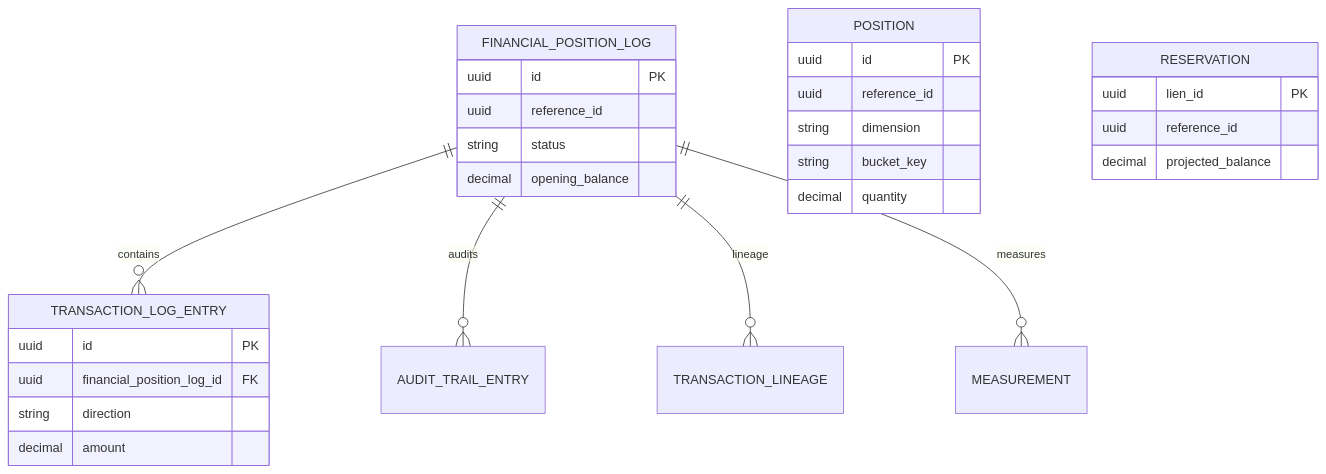
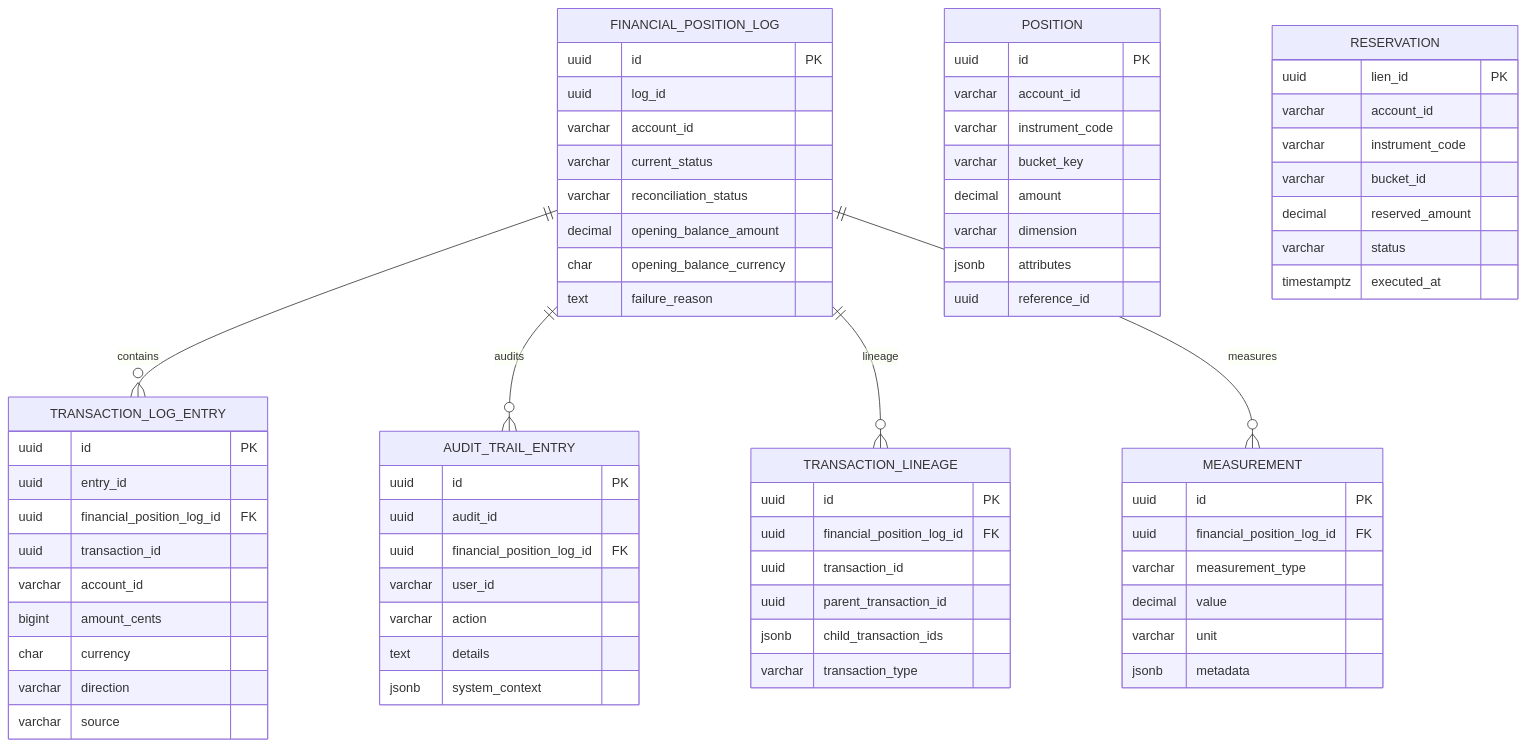
One commit to meridianhub/meridian changed the sixth of 13 diagrams in docs/architecture/data-model.md. Above: the diagram before and after it, drawn with Mermaid. The commit also changed other lines of this file, not shown here.

First line of the commit message:
docs: Fill ER diagram attribute blocks with canonical schema

````diff
--- a/docs/architecture/data-model.md
+++ b/docs/architecture/data-model.md
@@ -415,31 +525,72 @@
 ```mermaid
 erDiagram
     FINANCIAL_POSITION_LOG ||--o{ TRANSACTION_LOG_ENTRY : contains
     FINANCIAL_POSITION_LOG ||--o{ AUDIT_TRAIL_ENTRY : audits
     FINANCIAL_POSITION_LOG ||--o{ TRANSACTION_LINEAGE : lineage
     FINANCIAL_POSITION_LOG ||--o{ MEASUREMENT : measures
     FINANCIAL_POSITION_LOG {
         uuid id PK
-        uuid reference_id
-        string status
-        decimal opening_balance
+        uuid log_id
+        varchar account_id
+        varchar current_status
+        varchar reconciliation_status
+        decimal opening_balance_amount
+        char opening_balance_currency
+        text failure_reason
     }
     TRANSACTION_LOG_ENTRY {
         uuid id PK
+        uuid entry_id
         uuid financial_position_log_id FK
-        string direction
-        decimal amount
+        uuid transaction_id
+        varchar account_id
+        bigint amount_cents
+        char currency
+        varchar direction
+        varchar source
+    }
+    AUDIT_TRAIL_ENTRY {
+        uuid id PK
+        uuid audit_id
+        uuid financial_position_log_id FK
+        varchar user_id
+        varchar action
+        text details
+        jsonb system_context
+    }
+    TRANSACTION_LINEAGE {
+        uuid id PK
+        uuid financial_position_log_id FK
+        uuid transaction_id
+        uuid parent_transaction_id
+        jsonb child_transaction_ids
+        varchar transaction_type
+    }
+    MEASUREMENT {
+        uuid id PK
+        uuid financial_position_log_id FK
+        varchar measurement_type
+        decimal value
+        varchar unit
+        jsonb metadata
     }
     POSITION {
         uuid id PK
+        varchar account_id
+        varchar instrument_code
+        varchar bucket_key
+        decimal amount
+        varchar dimension
+        jsonb attributes
         uuid reference_id
-        string dimension
-        string bucket_key
-        decimal quantity
     }
     RESERVATION {
         uuid lien_id PK
-        uuid reference_id
-        decimal projected_balance
+        varchar account_id
+        varchar instrument_code
+        varchar bucket_id
+        decimal reserved_amount
+        varchar status
+        timestamptz executed_at
     }
 ```
````
